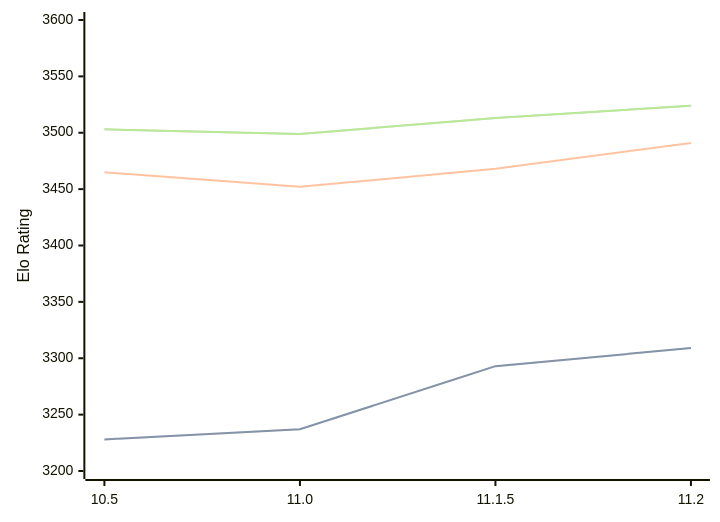
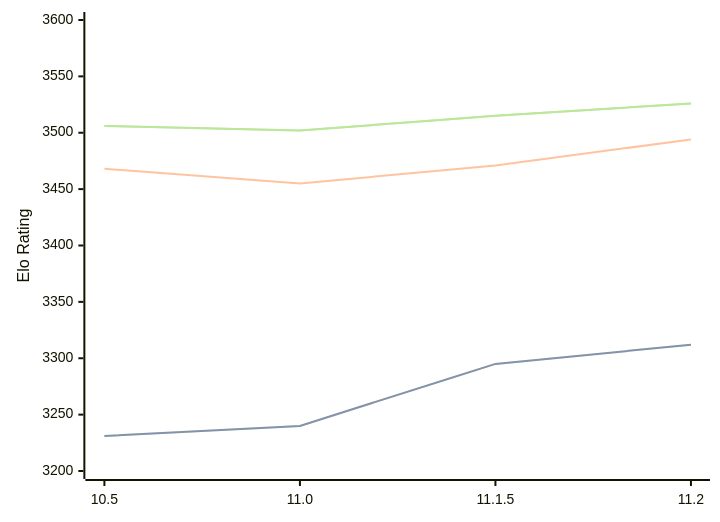
Before and after one commit to computer-chess-index/cci: the diagram in engines/Lizard.md, drawn with Mermaid. The commit also changed other lines of this file, not shown here.

Commit message:
Update CCI Ratings (ELO VLTC) - 2026-09-24

````diff
--- a/engines/Lizard.md
+++ b/engines/Lizard.md
@@ -34,11 +34,11 @@
 ```mermaid
 %%{init: {"theme":"base","themeVariables":{"seriesColors:['#a3a3a3','#222221','#faa371']}}}%%
 xychart-beta
   x-axis ["10.5", "11.0", "11.1.5", "11.2"]
   y-axis "Elo Rating" 3200 --> 3600
-  line "" [3228, 3237, 3293, 3309]
-  line "STC (8.0+0.08s)" [3228, 3237, 3293, 3309]
-  line "LTC (60.0+0.60s)" [3465, 3452, 3468, 3491]
-  line "" [3503, 3499, 3513, 3524]
-  line "VLTC (2m24s+1.12s)" [3503, 3499, 3513, 3524]
+  line "" [3231, 3240, 3295, 3312]
+  line "STC (8.0+0.08s)" [3231, 3240, 3295, 3312]
+  line "LTC (60.0+0.60s)" [3468, 3455, 3471, 3494]
+  line "" [3506, 3502, 3515, 3526]
+  line "VLTC (2m24s+1.12s)" [3506, 3502, 3515, 3526]
 ```
````
